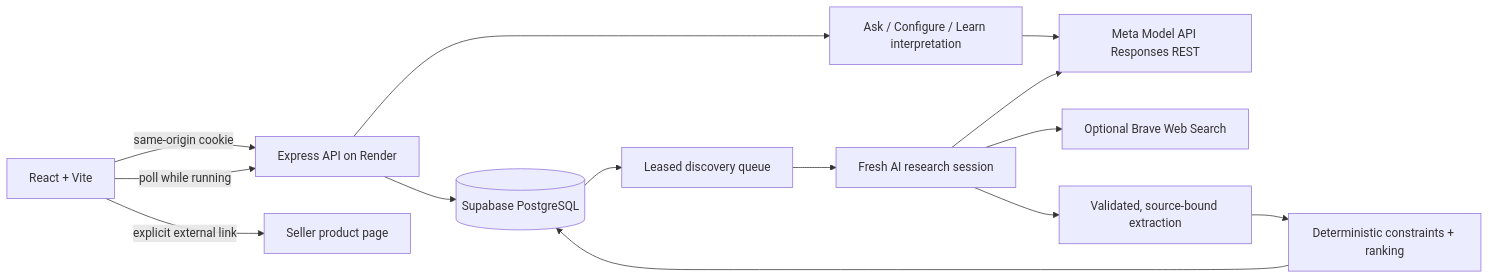
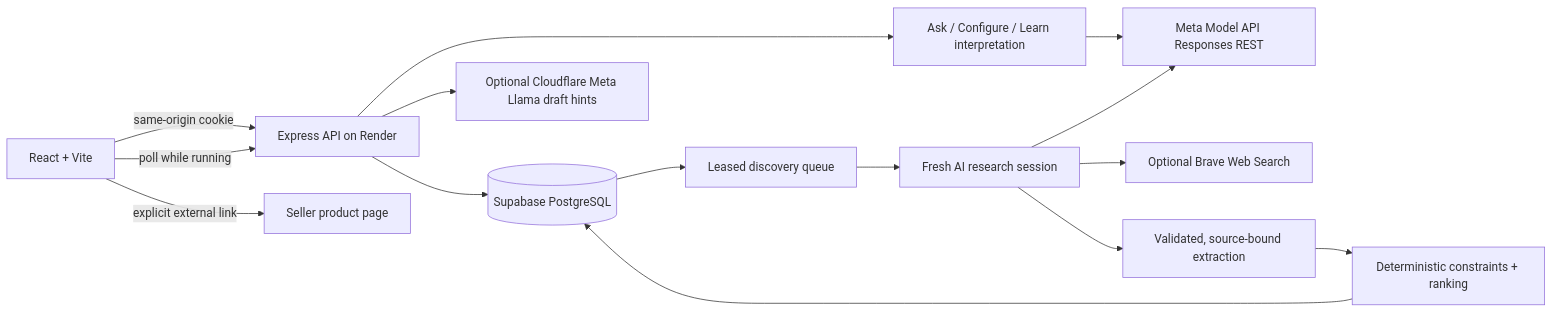
The diagram in Architecture.md (meta-hackers/fairbuy), drawn with Mermaid before and after one commit. The commit also changed other lines of this file and 21 other files, not shown here.

Commit message:
Add Cloudflare Meta Llama instant shopping classifier

````diff
--- a/Architecture.md
+++ b/Architecture.md
@@ -5,16 +5,17 @@
 ```mermaid
 flowchart LR
   Browser[React + Vite] -->|same-origin cookie| API[Express API on Render]
   API --> DB[(Supabase PostgreSQL)]
   API --> Ask[Ask / Configure / Learn interpretation]
   Ask --> Meta[Meta Model API Responses REST]
+  API --> Classifier[Optional Cloudflare Meta Llama draft hints]
   DB --> Worker[Leased discovery queue]
   Worker --> Research[Fresh AI research session]
   Research --> Meta
   Research --> Brave[Optional Brave Web Search]
   Research --> Extraction[Validated, source-bound extraction]
   Extraction --> Ranking[Deterministic constraints + ranking]
   Ranking --> DB
   Browser -->|poll while running| API
   Browser -->|explicit external link| Seller[Seller product page]
 ```
````
